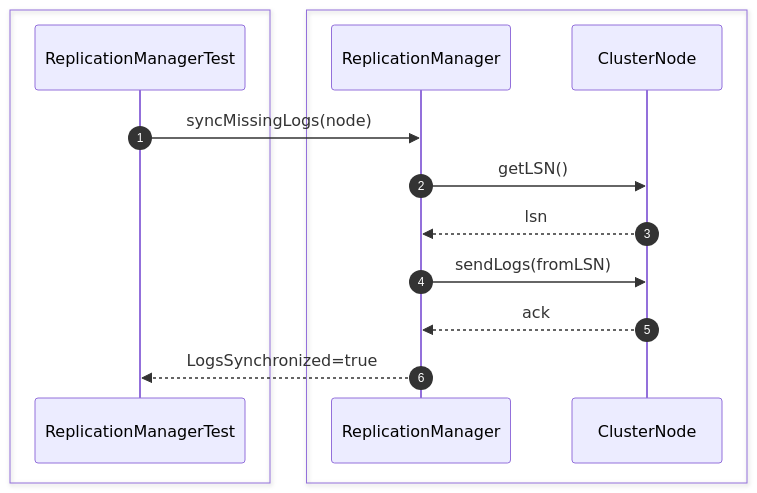
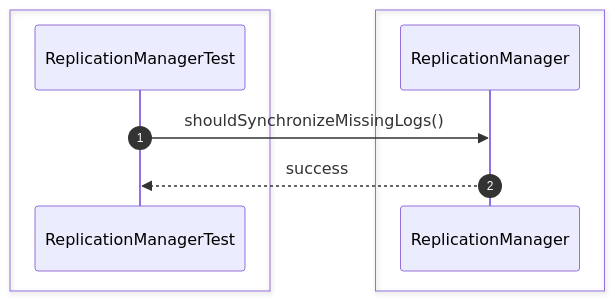
One commit to Huy1801214/dbms-architecture changed the eighth of 26 diagrams in src/sequence/replication.md. Above: the diagram before and after it, drawn with Mermaid. The commit also changed other lines of this file and 68 other files, not shown here.

Commit message:
implement comprehensive unit test suite and architectural sequence documentation

````diff
--- a/src/sequence/replication.md
+++ b/src/sequence/replication.md
@@ -145,19 +111,13 @@
 ```mermaid
 sequenceDiagram
     autonumber
-
     box #e1f5fe Test Suite
     participant Test as ReplicationManagerTest
     end
-    box #ffebee Replication Components
-    participant Manager as ReplicationManager
-    participant Node as ClusterNode
+    box #e3f2fd ReplicationManager Component
+    participant RM as ReplicationManager
     end
 
-    Test->>Manager: syncMissingLogs(node)
-    Manager->>Node: getLSN()
-    Node-->>Manager: lsn
-    Manager->>Node: sendLogs(fromLSN)
-    Node-->>Manager: ack
-    Manager-->>Test: LogsSynchronized=true
+    Test->>RM: shouldSynchronizeMissingLogs()
+    RM-->>Test: success
 ```
````
